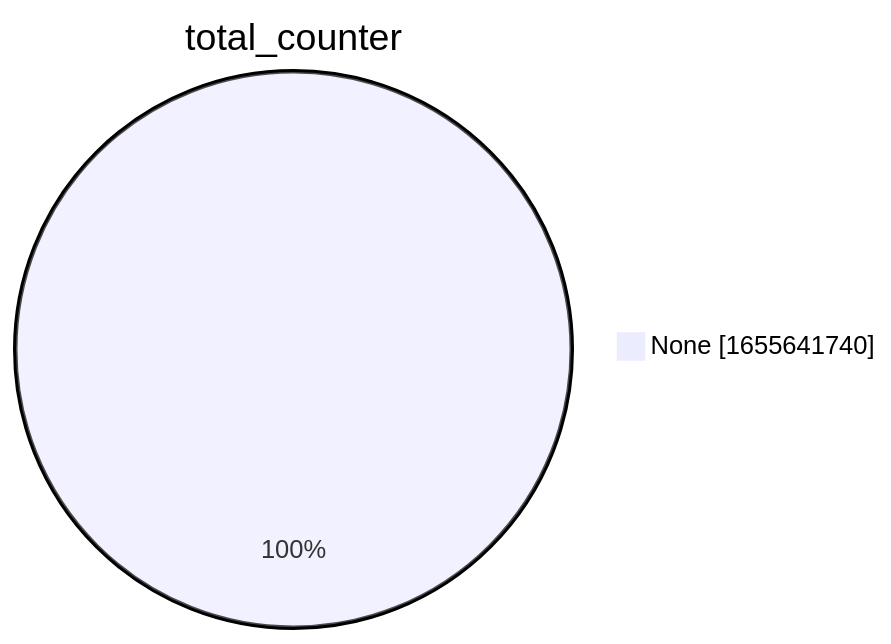
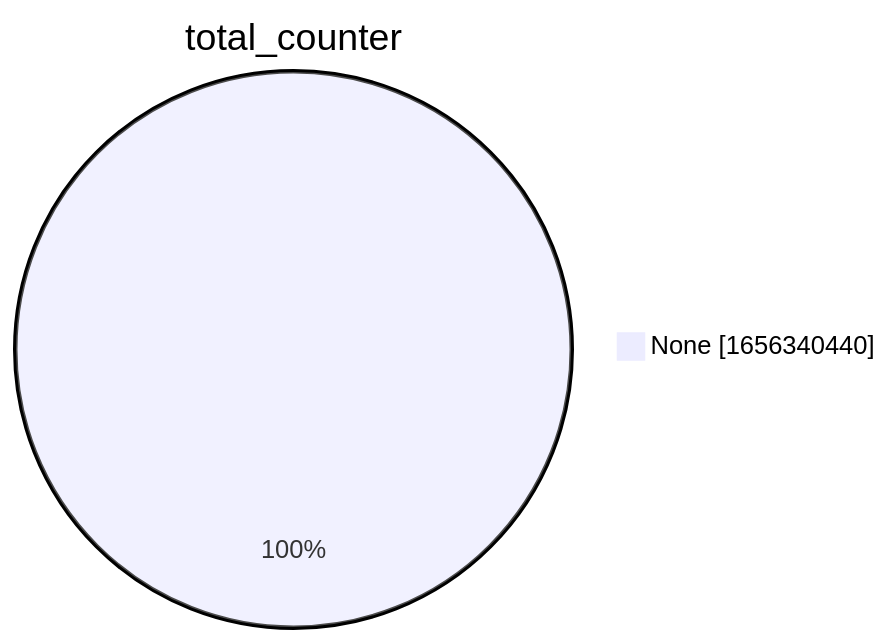
The second of 15 diagrams in xenon2022/README.md (christiankrug/ctmonitor_visualization), drawn with Mermaid before and after one commit. The commit also changed other lines of this file, not shown here.

````diff
--- a/xenon2022/README.md
+++ b/xenon2022/README.md
@@ -9,5 +9,5 @@
 ```mermaid
 pie showData
 title total_counter
-"None" :1655641740
+"None" :1656340440
 ```
````
